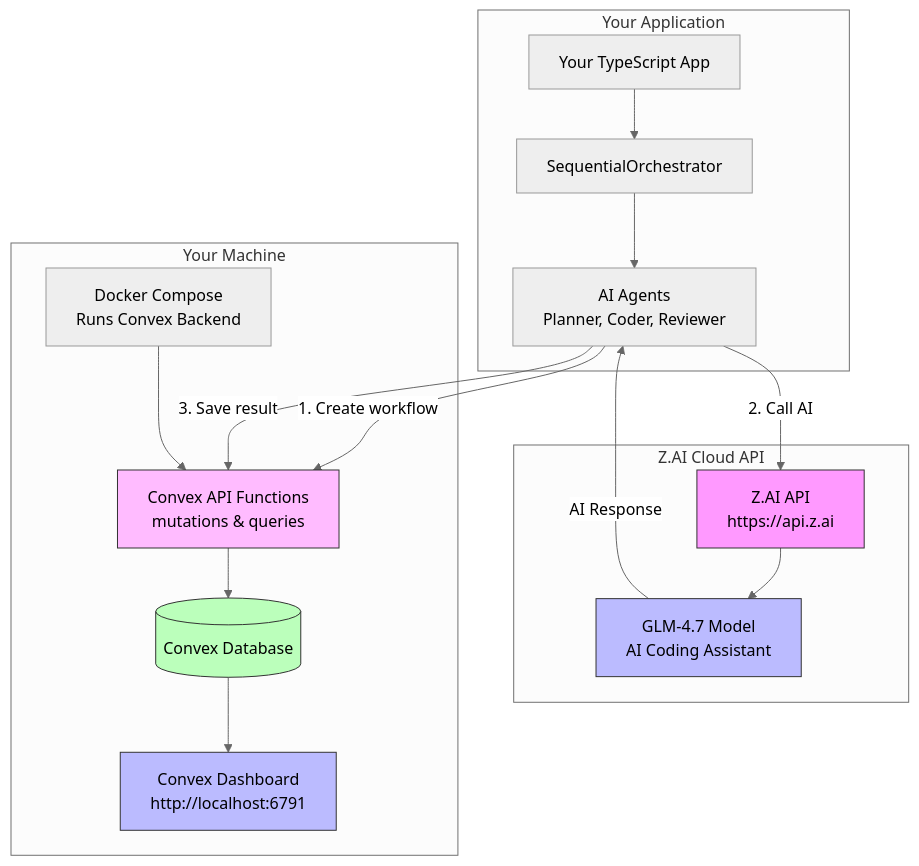
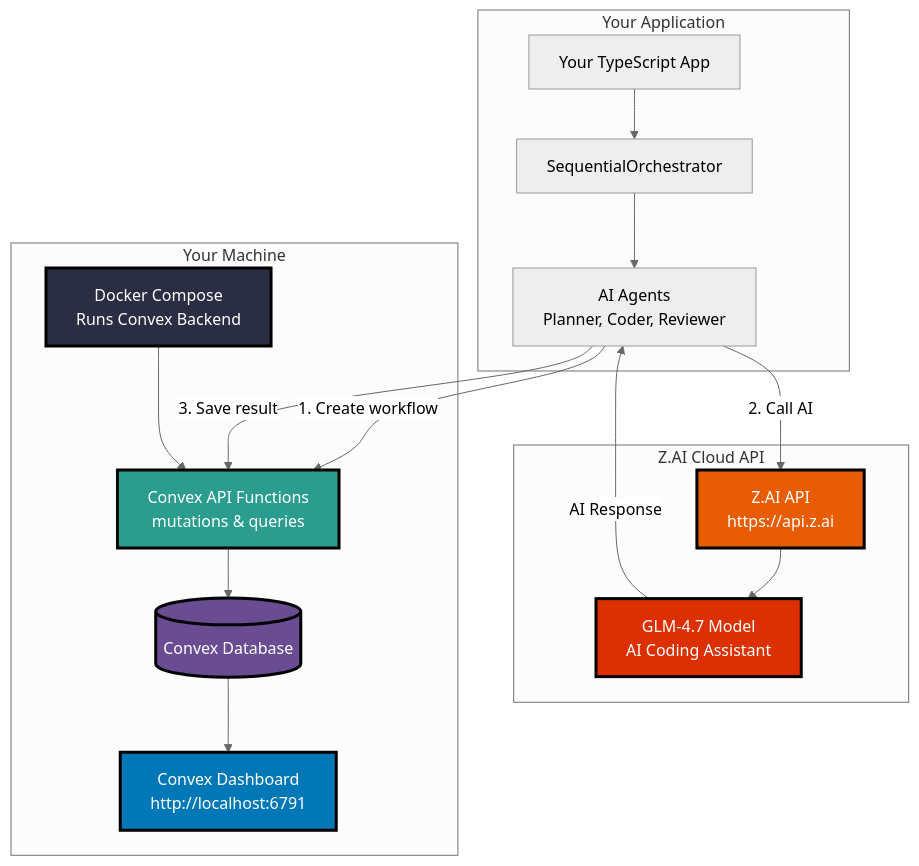
Before and after one commit to whezagl/convex-poc: the first of 5 diagrams in docs/SETUP_GUIDE.md, drawn with Mermaid (neutral theme). The commit also changed other lines of this file, not shown here.

First line of the commit message:
docs: fix Mermaid diagram color contrast for accessibility

````diff
--- a/docs/SETUP_GUIDE.md
+++ b/docs/SETUP_GUIDE.md
@@ -52,40 +52,41 @@
 ```mermaid
 flowchart TB
     subgraph "Your Application"
         APP[Your TypeScript App]
         ORCHESTRATOR[SequentialOrchestrator]
         AGENTS[AI Agents<br/>Planner, Coder, Reviewer]
     end
 
     subgraph "Z.AI Cloud API"
         ZAI[Z.AI API<br/>https://api.z.ai]
         GLM[GLM-4.7 Model<br/>AI Coding Assistant]
     end
 
     subgraph "Your Machine"
         CONVEX_DB[(Convex Database)]
         CONVEX_API[Convex API Functions<br/>mutations & queries]
         DASHBOARD[Convex Dashboard<br/>http://localhost:6791]
         DOCKER[Docker Compose<br/>Runs Convex Backend]
     end
 
     APP --> ORCHESTRATOR
     ORCHESTRATOR --> AGENTS
 
     AGENTS --"1. Create workflow"--> CONVEX_API
     AGENTS --"2. Call AI"--> ZAI
     ZAI --> GLM
     GLM -->|AI Response| AGENTS
 
     AGENTS --"3. Save result"--> CONVEX_API
     CONVEX_API --> CONVEX_DB
     CONVEX_DB --> DASHBOARD
 
     DOCKER --> CONVEX_API
 
-    style ZAI fill:#f9f,stroke:#333
-    style GLM fill:#bbf,stroke:#333
-    style CONVEX_DB fill:#bfb,stroke:#333
-    style CONVEX_API fill:#fbf,stroke:#333
-    style DASHBOARD fill:#bbf,stroke:#333
+    style ZAI fill:#E85D04,stroke:#000,stroke-width:3px,color:#fff
+    style GLM fill:#DC2F02,stroke:#000,stroke-width:3px,color:#fff
+    style CONVEX_DB fill:#6A4C93,stroke:#000,stroke-width:3px,color:#fff
+    style CONVEX_API fill:#2A9D8F,stroke:#000,stroke-width:3px,color:#fff
+    style DASHBOARD fill:#0077B6,stroke:#000,stroke-width:3px,color:#fff
+    style DOCKER fill:#2B2D42,stroke:#000,stroke-width:3px,color:#fff
 ```
````
